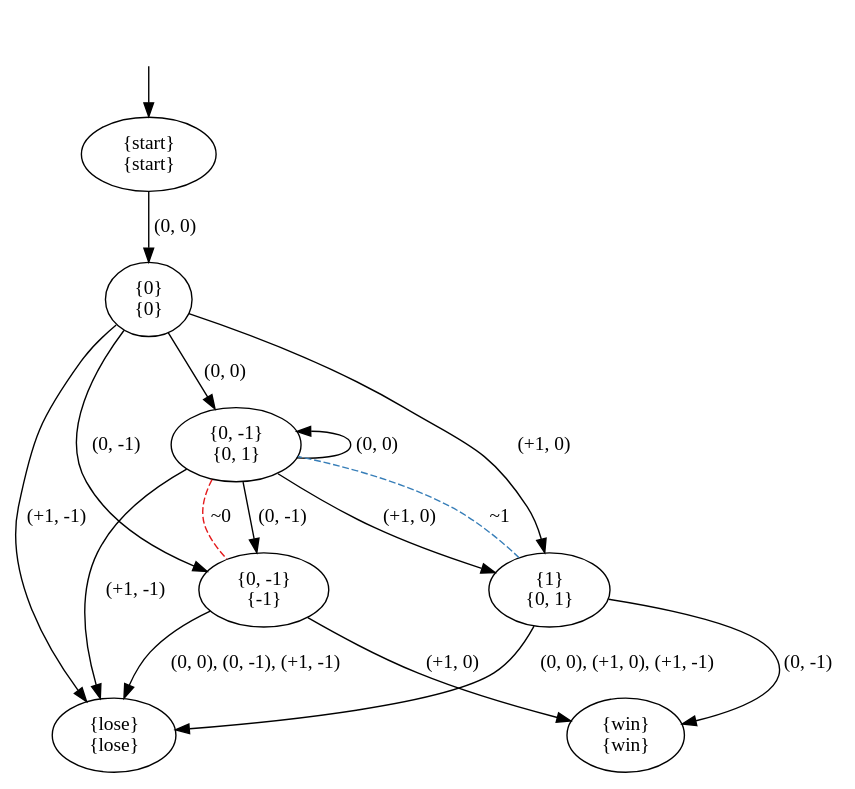
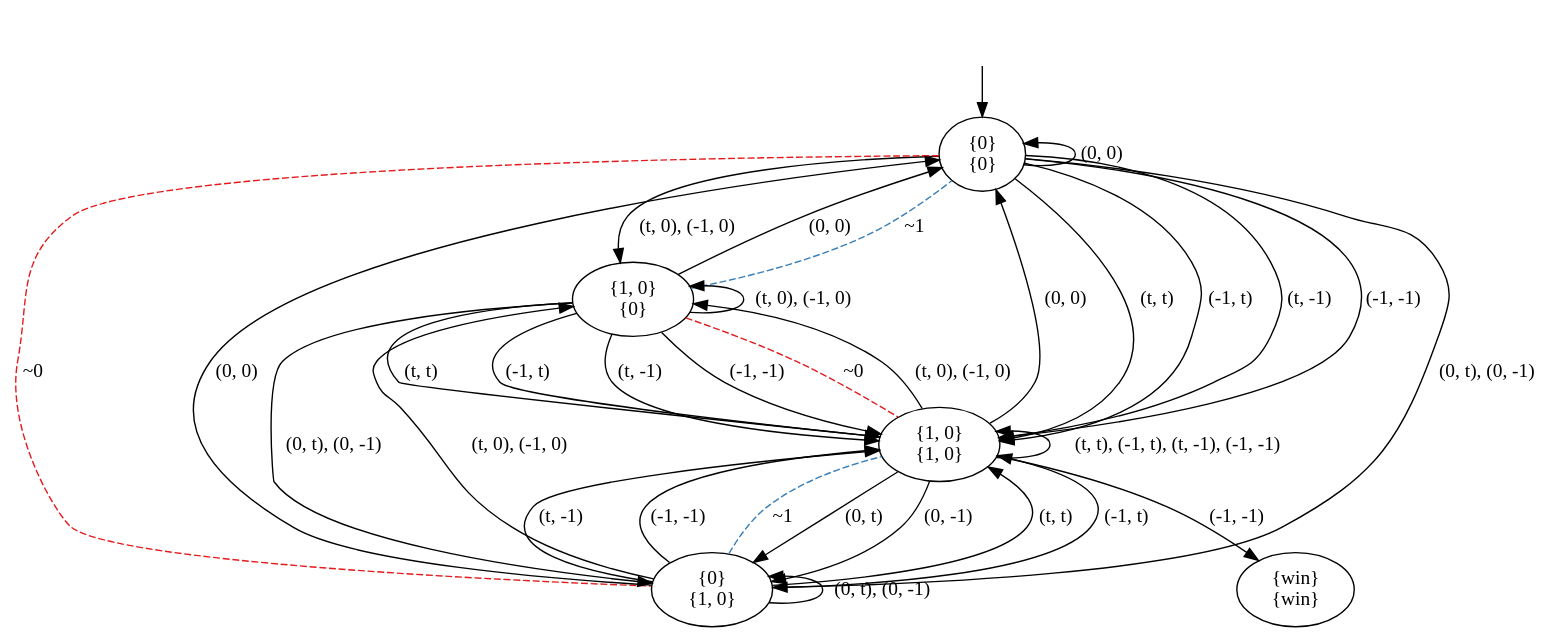
The diagram in pictures/GK.dot (olandr/mkbsc), drawn with Graphviz before and after one commit.

Commit message:
lksajfdA

```diff
--- a/pictures/GK.dot
+++ b/pictures/GK.dot
@@ -1,30 +1,44 @@
 digraph  {
 concentrate=False;
 nodesep=0.5;
 ranksep=0.5;
 splines=True;
-140375138878016 [label="{start}\n{start}"];
-140375138881096 [label="{0}\n{0}"];
-140375138878688 [label="{0, -1}\n{0, 1}"];
-140375138879696 [label="{1}\n{0, 1}"];
-140375138877792 [label="{0, -1}\n{-1}"];
-140375138880984 [label="{lose}\n{lose}"];
-140375139004368 [label="{win}\n{win}"];
+140665738403400 [label="{0}\n{0}"];
+140665738402448 [label="{1, 0}\n{0}"];
+140665738403680 [label="{0}\n{1, 0}"];
+140665738400096 [label="{1, 0}\n{1, 0}"];
+140665738073592 [label="{win}\n{win}"];
 hidden [label="", shape=none];
-140375138878016 -> 140375138881096  [action="('0', '0')", key="('0', '0')", label="(0, 0)"];
-140375138881096 -> 140375138878688  [action="('0', '0')", key="('0', '0')", label="(0, 0)"];
-140375138881096 -> 140375138879696  [action="('+1', '0')", key="('+1', '0')", label="(+1, 0)"];
-140375138881096 -> 140375138877792  [action="('0', '-1')", key="('0', '-1')", label="(0, -1)"];
-140375138881096 -> 140375138880984  [action="('+1', '-1')", key="('+1', '-1')", label="(+1, -1)"];
-140375138878688 -> 140375138878688  [action="('0', '0')", dir=back, key="('0', '0')", label="(0, 0)"];
-140375138878688 -> 140375138879696  [action="('+1', '0')", key="('+1', '0')", label="(+1, 0)"];
-140375138878688 -> 140375138877792  [action="('0', '-1')", key="('0', '-1')", label="(0, -1)"];
-140375138878688 -> 140375138877792  [arrowhead=none, color=1, colorscheme=set19, constraint=True, key=1, label="~0", style=dashed];
-140375138878688 -> 140375138880984  [action="('+1', '-1')", key="('+1', '-1')", label="(+1, -1)"];
-140375138879696 -> 140375139004368  [action="('0', '-1')", key="('0', '-1')", label="(0, -1)"];
-140375138879696 -> 140375138880984  [action="(('0', '0'), ('+1', '0'), ('+1', '-1'))", key="(('0', '0'), ('+1', '0'), ('+1', '-1'))", label="(0, 0), (+1, 0), (+1, -1)"];
-140375138879696 -> 140375138878688  [arrowhead=none, color=2, colorscheme=set19, constraint=True, key=0, label="~1", style=dashed];
-140375138877792 -> 140375139004368  [action="('+1', '0')", key="('+1', '0')", label="(+1, 0)"];
-140375138877792 -> 140375138880984  [action="(('0', '0'), ('0', '-1'), ('+1', '-1'))", key="(('0', '0'), ('0', '-1'), ('+1', '-1'))", label="(0, 0), (0, -1), (+1, -1)"];
-hidden -> 140375138878016  [key=0];
+140665738403400 -> 140665738403400  [action="('0', '0')", dir=back, key="('0', '0')", label="(0, 0)"];
+140665738403400 -> 140665738400096  [action="('t', 't')", key="('t', 't')", label="(t, t)"];
+140665738403400 -> 140665738400096  [action="('-1', 't')", key="('-1', 't')", label="(-1, t)"];
+140665738403400 -> 140665738400096  [action="('t', '-1')", key="('t', '-1')", label="(t, -1)"];
+140665738403400 -> 140665738400096  [action="('-1', '-1')", key="('-1', '-1')", label="(-1, -1)"];
+140665738403400 -> 140665738402448  [action="(('t', '0'), ('-1', '0'))", key="(('t', '0'), ('-1', '0'))", label="(t, 0), (-1, 0)"];
+140665738403400 -> 140665738403680  [action="(('0', 't'), ('0', '-1'))", key="(('0', 't'), ('0', '-1'))", label="(0, t), (0, -1)"];
+140665738403400 -> 140665738403680  [arrowhead=none, color=1, colorscheme=set19, constraint=True, key=1, label="~0", style=dashed];
+140665738402448 -> 140665738403400  [action="('0', '0')", key="('0', '0')", label="(0, 0)"];
+140665738402448 -> 140665738403400  [arrowhead=none, color=2, colorscheme=set19, constraint=True, key=1, label="~1", style=dashed];
+140665738402448 -> 140665738400096  [action="('t', 't')", key="('t', 't')", label="(t, t)"];
+140665738402448 -> 140665738400096  [action="('-1', 't')", key="('-1', 't')", label="(-1, t)"];
+140665738402448 -> 140665738400096  [action="('t', '-1')", key="('t', '-1')", label="(t, -1)"];
+140665738402448 -> 140665738400096  [action="('-1', '-1')", key="('-1', '-1')", label="(-1, -1)"];
+140665738402448 -> 140665738400096  [arrowhead=none, color=1, colorscheme=set19, constraint=True, key=4, label="~0", style=dashed];
+140665738402448 -> 140665738402448  [action="(('t', '0'), ('-1', '0'))", dir=back, key="(('t', '0'), ('-1', '0'))", label="(t, 0), (-1, 0)"];
+140665738402448 -> 140665738403680  [action="(('0', 't'), ('0', '-1'))", key="(('0', 't'), ('0', '-1'))", label="(0, t), (0, -1)"];
+140665738403680 -> 140665738403400  [action="('0', '0')", key="('0', '0')", label="(0, 0)"];
+140665738403680 -> 140665738400096  [action="('t', 't')", key="('t', 't')", label="(t, t)"];
+140665738403680 -> 140665738400096  [action="('-1', 't')", key="('-1', 't')", label="(-1, t)"];
+140665738403680 -> 140665738400096  [action="('t', '-1')", key="('t', '-1')", label="(t, -1)"];
+140665738403680 -> 140665738400096  [action="('-1', '-1')", key="('-1', '-1')", label="(-1, -1)"];
+140665738403680 -> 140665738400096  [arrowhead=none, color=2, colorscheme=set19, constraint=True, key=4, label="~1", style=dashed];
+140665738403680 -> 140665738402448  [action="(('t', '0'), ('-1', '0'))", key="(('t', '0'), ('-1', '0'))", label="(t, 0), (-1, 0)"];
+140665738403680 -> 140665738403680  [action="(('0', 't'), ('0', '-1'))", dir=back, key="(('0', 't'), ('0', '-1'))", label="(0, t), (0, -1)"];
+140665738400096 -> 140665738403400  [action="('0', '0')", key="('0', '0')", label="(0, 0)"];
+140665738400096 -> 140665738403680  [action="('0', 't')", key="('0', 't')", label="(0, t)"];
+140665738400096 -> 140665738403680  [action="('0', '-1')", key="('0', '-1')", label="(0, -1)"];
+140665738400096 -> 140665738073592  [action="('-1', '-1')", key="('-1', '-1')", label="(-1, -1)"];
+140665738400096 -> 140665738402448  [action="(('t', '0'), ('-1', '0'))", key="(('t', '0'), ('-1', '0'))", label="(t, 0), (-1, 0)"];
+140665738400096 -> 140665738400096  [action="(('t', 't'), ('-1', 't'), ('t', '-1'), ('-1', '-1'))", dir=back, key="(('t', 't'), ('-1', 't'), ('t', '-1'), ('-1', '-1'))", label="(t, t), (-1, t), (t, -1), (-1, -1)"];
+hidden -> 140665738403400  [key=0];
 }
```
